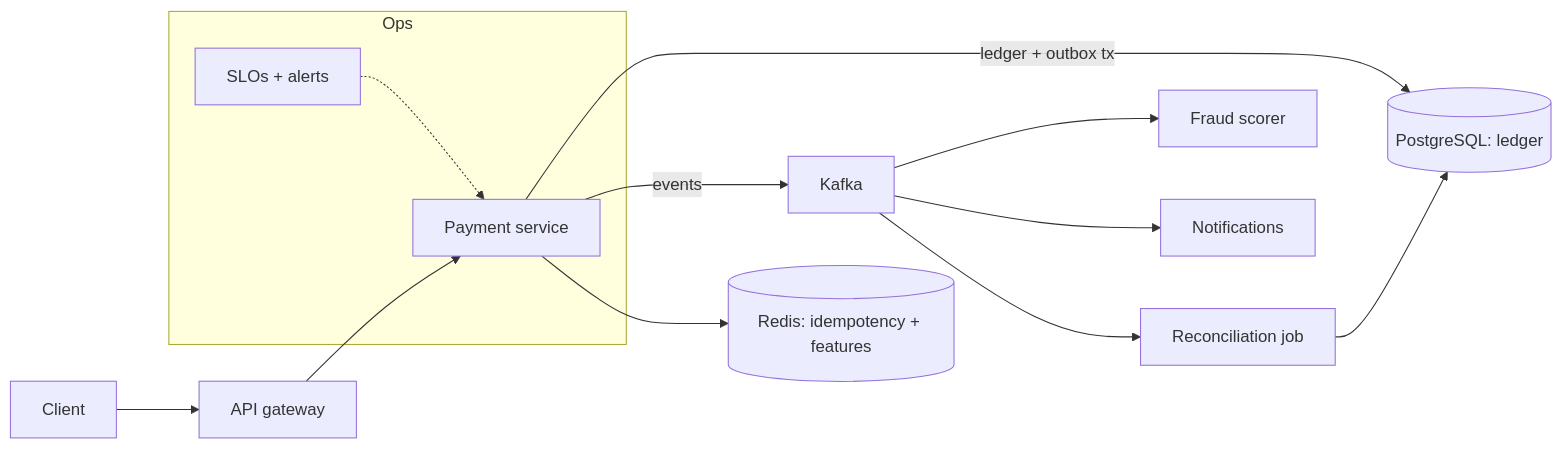
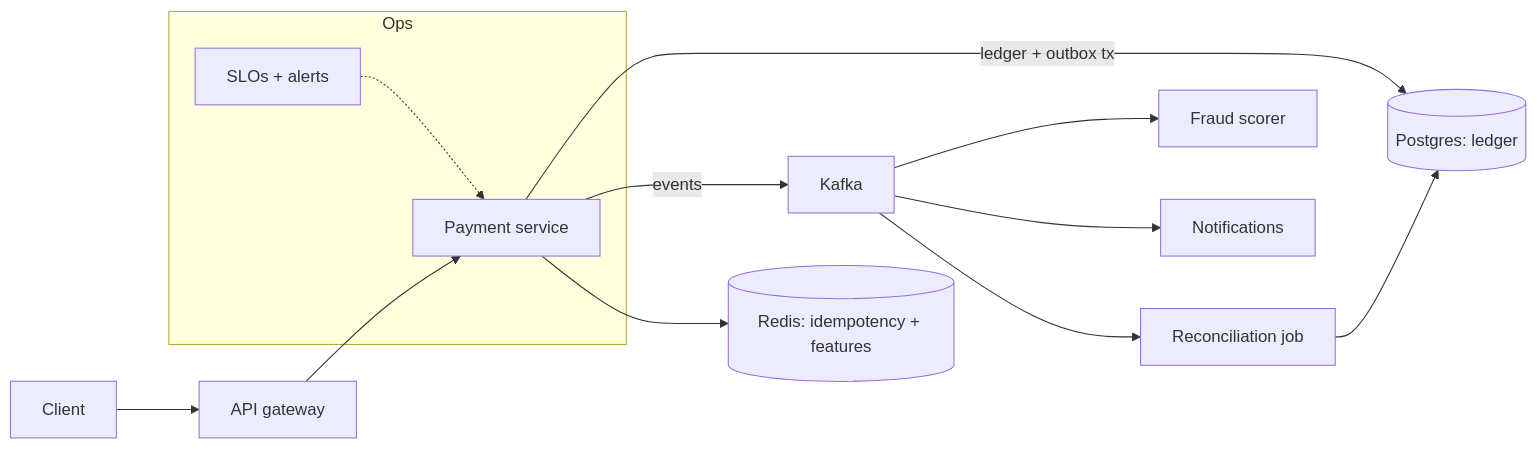
One commit to TharunKumarReddyPolu/Go-Handbook-for-Software-Engineers changed the diagram in 28-projects/05-capstone-financial-platform.md. Above: the diagram before and after it, drawn with Mermaid. The commit also changed 24 other files, not shown here.

````diff
--- a/28-projects/05-capstone-financial-platform.md
+++ b/28-projects/05-capstone-financial-platform.md
@@ -21,15 +21,15 @@
 ```mermaid
 flowchart LR
     Client[Client] --> GW[API gateway]
     GW --> Pay[Payment service]
-    Pay -->|ledger + outbox tx| PG[(PostgreSQL: ledger)]
+    Pay -->|ledger + outbox tx| PG[(Postgres: ledger)]
     Pay -->|events| K[Kafka]
     K --> Fraud[Fraud scorer]
     K --> Notif[Notifications]
     K --> Recon[Reconciliation job]
     Recon --> PG
     Pay --> Redis[(Redis: idempotency + features)]
     subgraph Ops
         SLO[SLOs + alerts] -.-> Pay
     end
 ```
````
